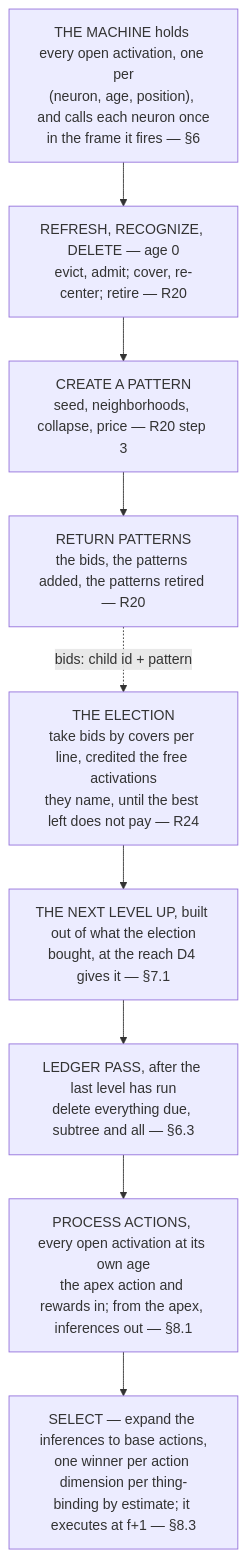
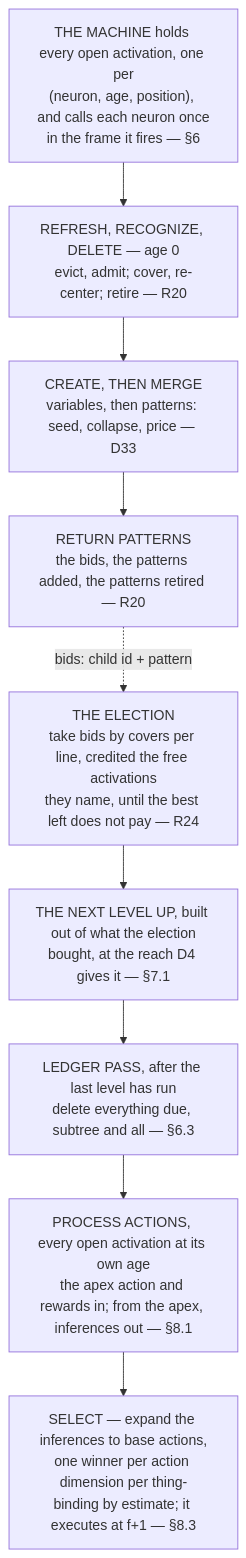
The diagram in docs/algorithm-remarks.md (cucar/robot_brain), drawn with Mermaid before and after one commit. The commit also changed other lines of this file and 2 other files, not shown here.

````diff
--- a/docs/algorithm-remarks.md
+++ b/docs/algorithm-remarks.md
@@ -1183,12 +1183,12 @@
 ```mermaid
 flowchart TD
     A["THE MACHINE holds every open activation, one per<br/>(neuron, age, position), and calls each neuron once<br/>in the frame it fires — §6"]
     A --> B["REFRESH, RECOGNIZE, DELETE — age 0<br/>evict, admit; cover, re-center; retire — R20"]
-    B --> M["CREATE A PATTERN<br/>seed, neighborhoods, collapse, price — R20 step 3"]
+    B --> M["CREATE, THEN MERGE<br/>variables, then patterns: seed, collapse, price — D33"]
     M --> P["RETURN PATTERNS<br/>the bids, the patterns added, the patterns retired — R20"]
     P -.->|"bids: child id + pattern"| X["THE ELECTION<br/>take bids by covers per line, credited the free activations<br/>they name, until the best left does not pay — R24"]
     X --> O["THE NEXT LEVEL UP, built out of what the election<br/>bought, at the reach D4 gives it — §7.1"]
     O --> Z["LEDGER PASS, after the last level has run<br/>delete everything due, subtree and all — §6.3"]
     Z --> W["PROCESS ACTIONS, every open activation at its own age<br/>the apex action and rewards in; from the apex, inferences out — §8.1"]
     W --> S["SELECT — expand the inferences to base actions,<br/>one winner per action dimension per thing-binding by estimate; it executes at f+1 — §8.3"]
 ```
````
